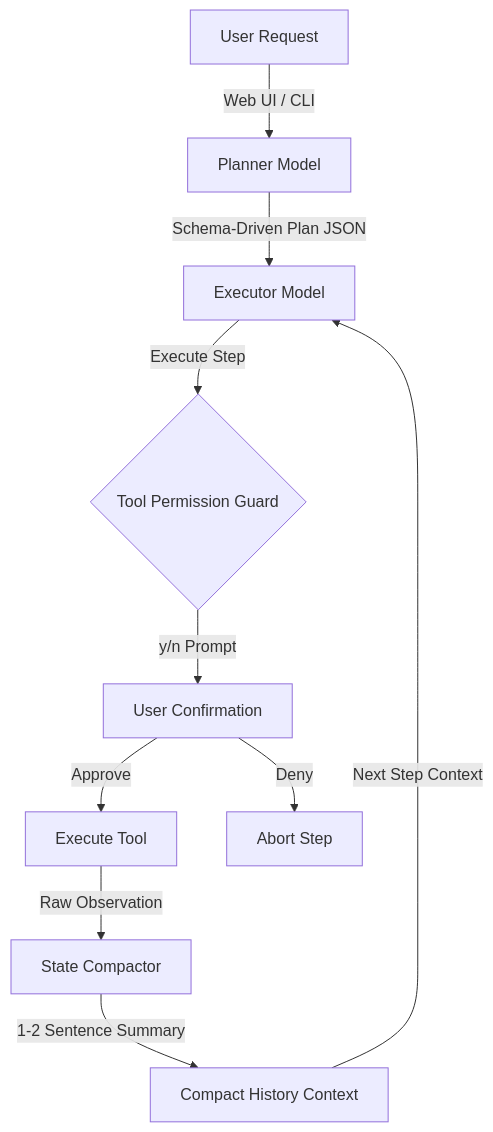
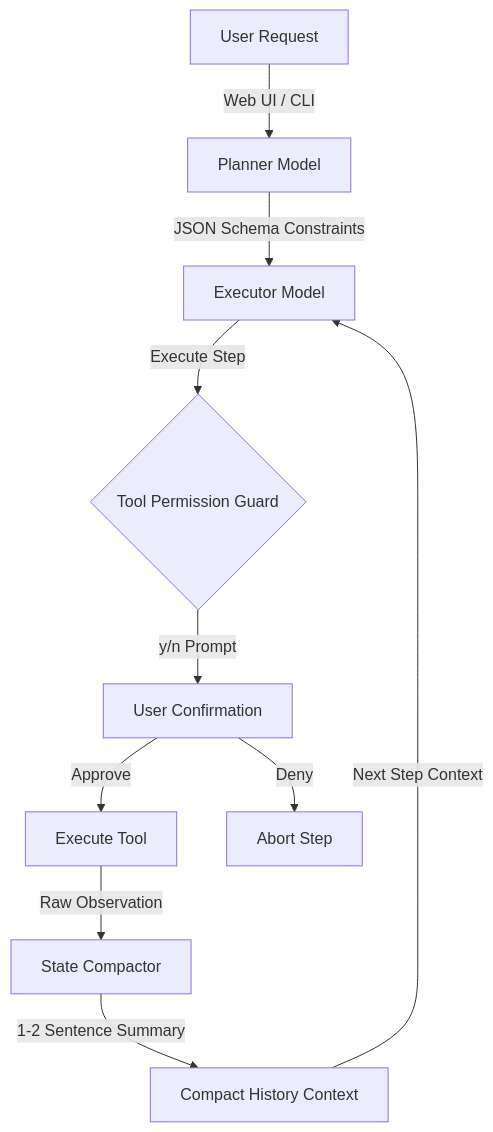
One commit to ichhabalsingh/odysseus-lite changed the diagram in README.md. Above: the diagram before and after it, drawn with Mermaid. The commit also changed other lines of this file, not shown here.

Commit message:
Update README.md with JSON Schema constraints, cached hybrid RAG, and 1.5B model setup guides

````diff
--- a/README.md
+++ b/README.md
@@ -64,12 +66,12 @@
 ```mermaid
 graph TD
     A[User Request] -->|Web UI / CLI| B[Planner Model]
-    B -->|Schema-Driven Plan JSON| C[Executor Model]
+    B -->|JSON Schema Constraints| C[Executor Model]
     C -->|Execute Step| D{Tool Permission Guard}
     D -->|y/n Prompt| E[User Confirmation]
     E -->|Approve| F[Execute Tool]
     E -->|Deny| G[Abort Step]
     F -->|Raw Observation| H[State Compactor]
     H -->|1-2 Sentence Summary| I[Compact History Context]
     I -->|Next Step Context| C
 ```
````
